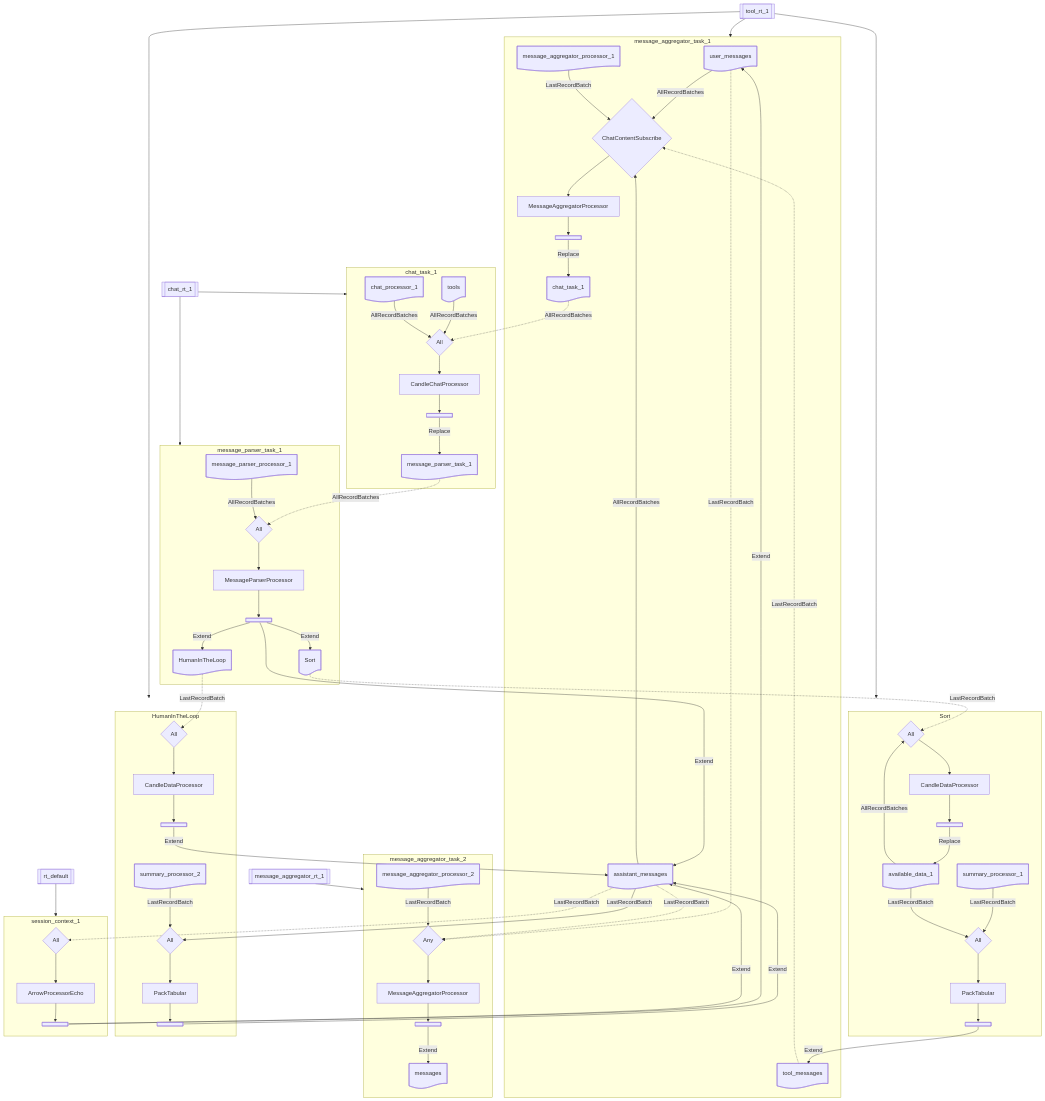
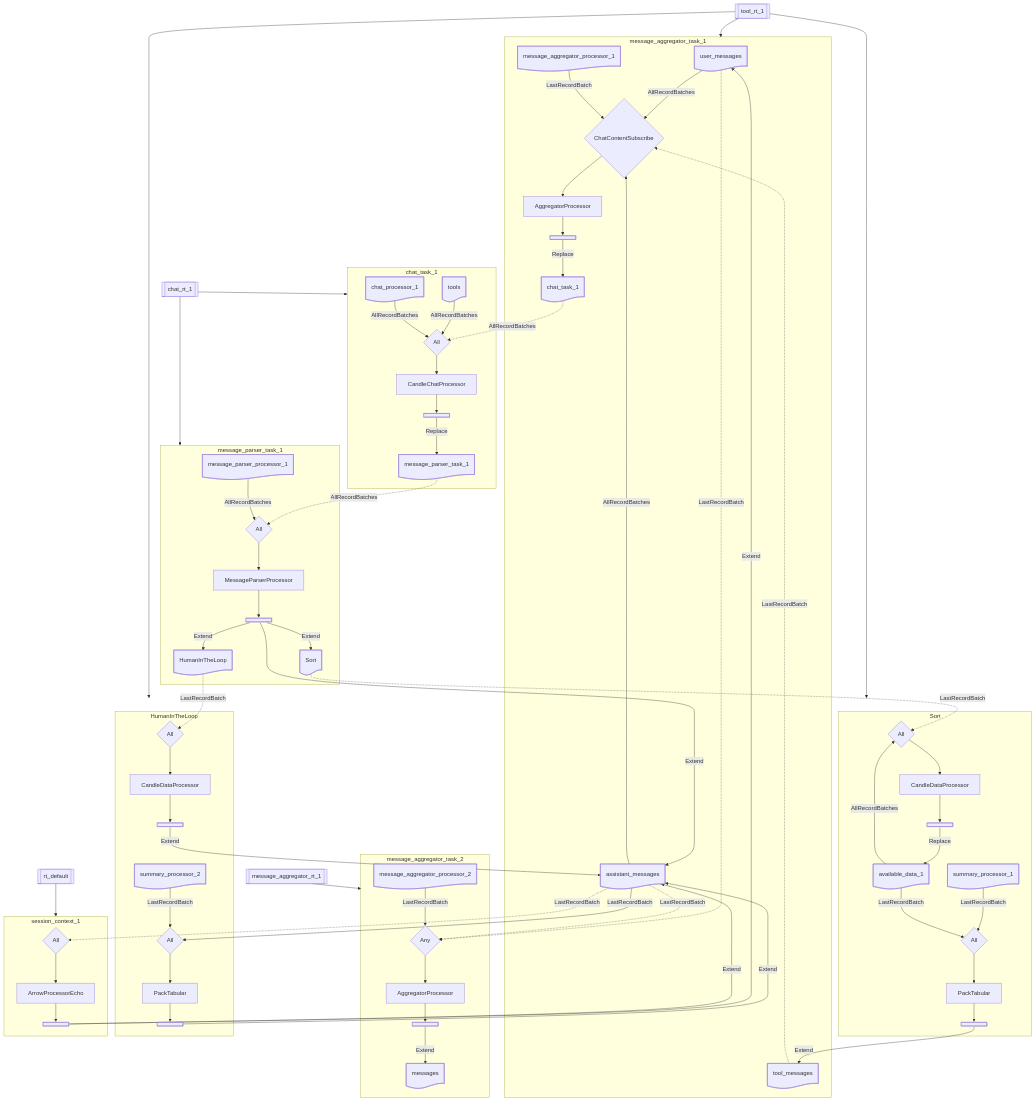
One commit to biom8er/phymes changed the second of 2 diagrams in phymes-book/src/phymes-agents/tool_agent.md. Above: the diagram before and after it, drawn with Mermaid. The commit also changed 15 other files, not shown here.

```diff
--- a/phymes-book/src/phymes-agents/tool_agent.md
+++ b/phymes-book/src/phymes-agents/tool_agent.md
@@ -93,8 +93,8 @@
 	tool_rt_1-rt-->Sort
 	tool_rt_1-rt-->HumanInTheLoop
 	rt_default-rt-->session_context_1
-	message_aggregator_processor_1-processor@{shape: rect, label: MessageAggregatorProcessor}
-	message_aggregator_processor_2-processor@{shape: rect, label: MessageAggregatorProcessor}
+	message_aggregator_processor_1-processor@{shape: rect, label: AggregatorProcessor}
+	message_aggregator_processor_2-processor@{shape: rect, label: AggregatorProcessor}
 	chat_processor_1-processor@{shape: rect, label: CandleChatProcessor}
 	message_parser_processor_1-processor@{shape: rect, label: MessageParserProcessor}
 	Sort-processor@{shape: rect, label: CandleDataProcessor}
```
